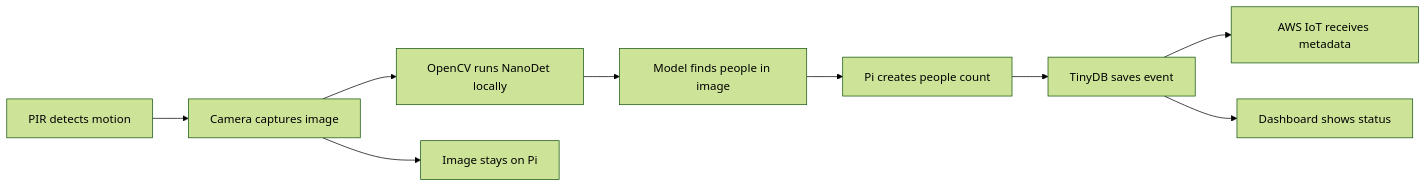
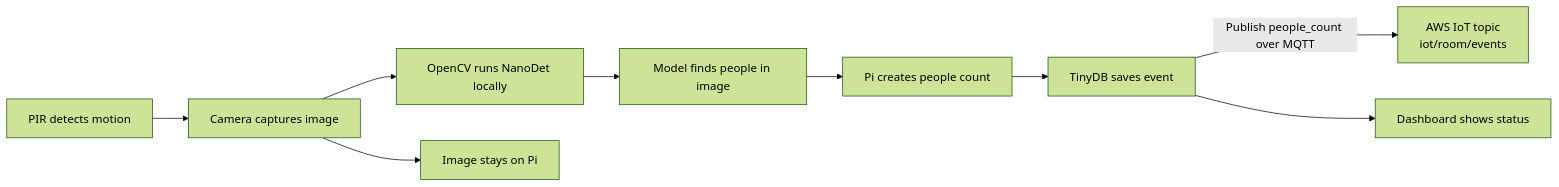
The diagram in README.md (TheAditya123/iot-), drawn with Mermaid (forest theme) before and after one commit. The commit also changed other lines of this file, not shown here.

Commit message:
Clarify MQTT occupancy events

````diff
--- a/README.md
+++ b/README.md
@@ -8,11 +8,11 @@
 ```mermaid
 flowchart LR
     A[PIR detects motion] --> B[Camera captures image]
     B --> C[OpenCV runs NanoDet locally]
     C --> D[Model finds people in image]
     D --> E[Pi creates people count]
     E --> F[TinyDB saves event]
-    F --> G[AWS IoT receives metadata]
+    F -->|Publish people_count over MQTT| G[AWS IoT topic<br/>iot/room/events]
     F --> H[Dashboard shows status]
     B --> I[Image stays on Pi]
 ```
````
